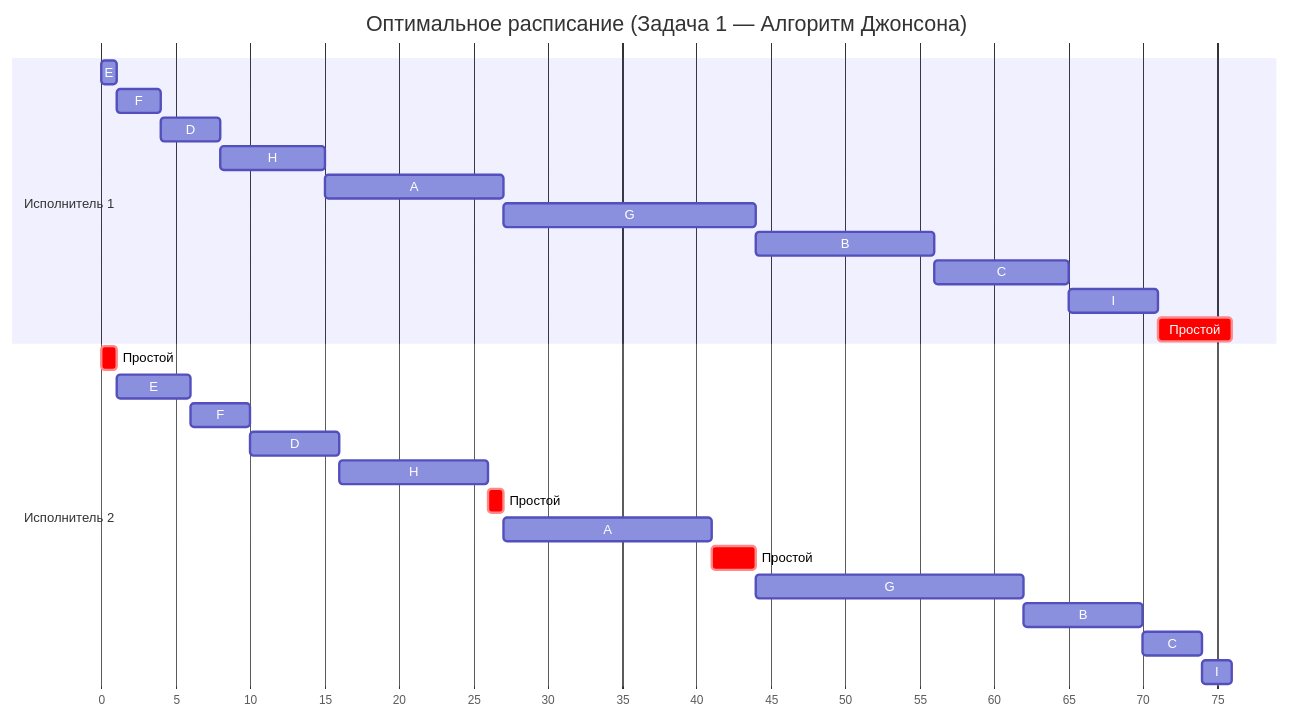
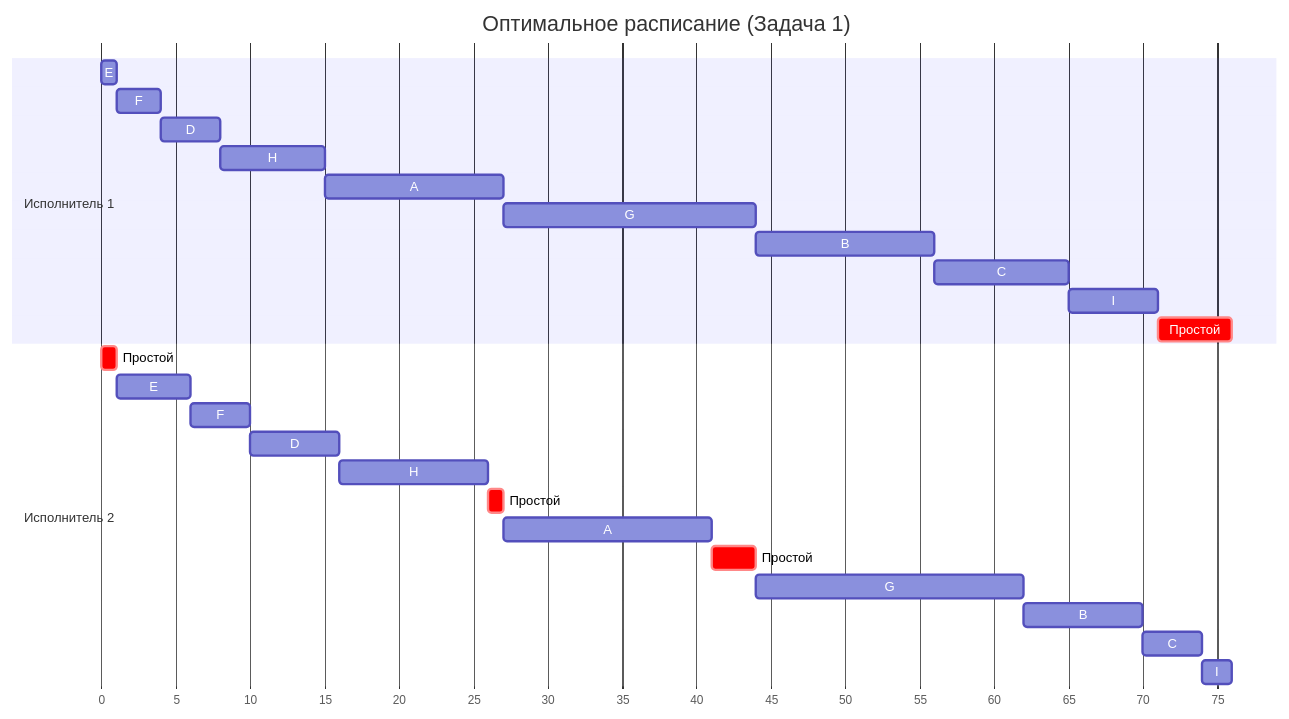
The first of 2 diagrams in Задание 8/default.md (hse-algo-ps-25-2/manual-tasks), drawn with Mermaid before and after one commit. The commit also changed other lines of this file, not shown here.

````diff
--- a/Задание 8/default.md
+++ b/Задание 8/default.md
@@ -1,32 +15,32 @@
 ```mermaid
 gantt
-    title Оптимальное расписание (Задача 1 — Алгоритм Джонсона)
+    title Оптимальное расписание (Задача 1)
     dateFormat X
     axisFormat %s
 
     section Исполнитель 1
     E        :e1, 0, 1s
     F        :f1, after e1, 3s
     D        :d1, after f1, 4s
     H        :h1, after d1, 7s
     A        :a1, after h1, 12s
     G        :g1, after a1, 17s
     B        :b1, after g1, 12s
     C        :c1, after b1, 9s
     I        :i1, after c1, 6s
     Простой  :crit, p1, after i1, 5s
 
     section Исполнитель 2
     Простой  :crit, p2_1, 0, 1s
     E        :e2, after p2_1, 5s
     F        :f2, after e2, 4s
     D        :d2, after f2, 6s
     H        :h2, after d2, 10s
     Простой  :crit, p2_2, after h2, 1s
     A        :a2, after p2_2, 14s
     Простой  :crit, p2_3, after a2, 3s
     G        :g2, after p2_3, 18s
     B        :b2, after g2, 8s
     C        :c2, after b2, 4s
     I        :i2, after c2, 2s
 ```
````
